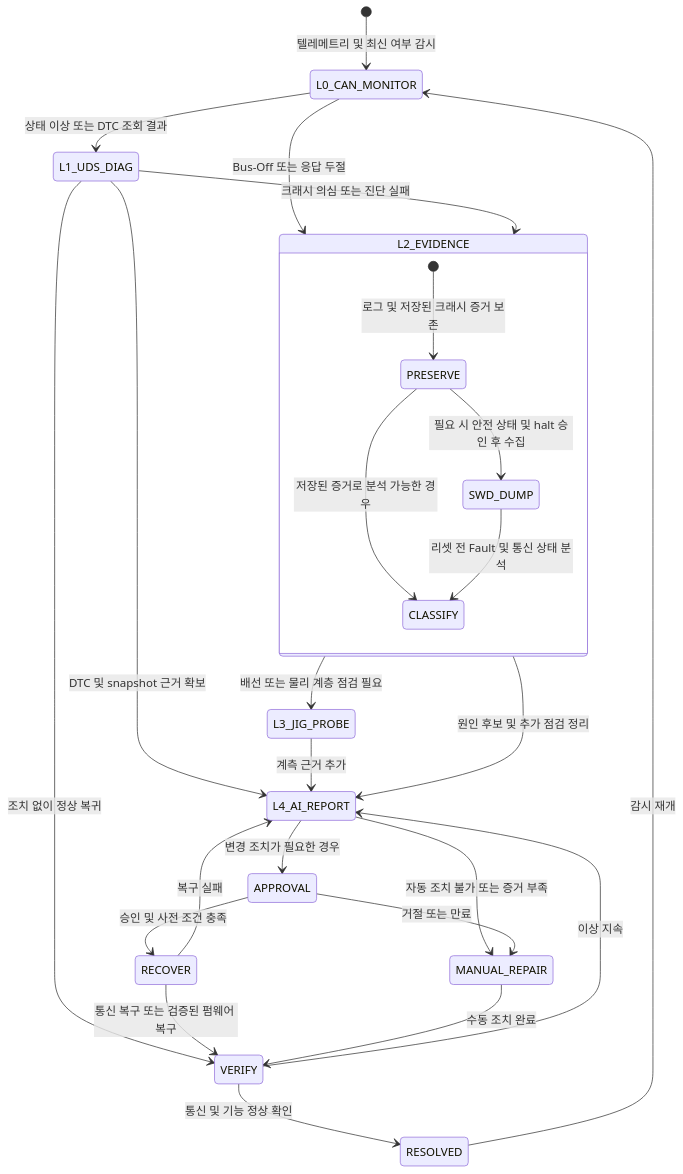
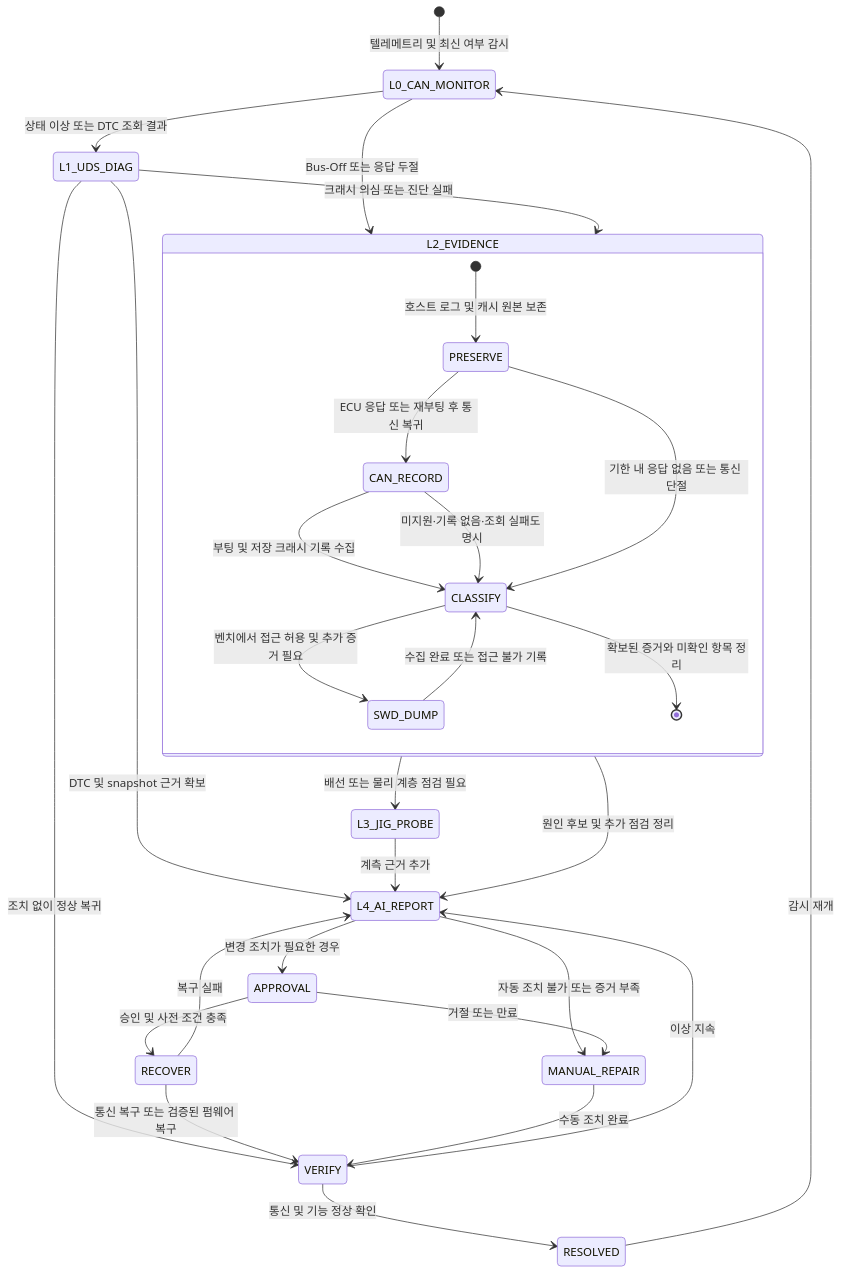
Before and after one commit to ssafy16-embbedded21-team1-2/ssafy_embedded_pjt_setup: the second of 2 diagrams in docs/설계_장비별기능_및_AgentTool인터페이스.md, drawn with Mermaid. The commit also changed other lines of this file and 7 other files, not shown here.

````diff
--- a/docs/설계_장비별기능_및_AgentTool인터페이스.md
+++ b/docs/설계_장비별기능_및_AgentTool인터페이스.md
@@ -186,30 +210,34 @@
 ```mermaid
 stateDiagram-v2
     [*] --> L0_CAN_MONITOR: 텔레메트리 및 최신 여부 감시
     L0_CAN_MONITOR --> L1_UDS_DIAG: 상태 이상 또는 DTC 조회 결과
     L0_CAN_MONITOR --> L2_EVIDENCE: Bus-Off 또는 응답 두절
     L1_UDS_DIAG --> L2_EVIDENCE: 크래시 의심 또는 진단 실패
     L1_UDS_DIAG --> L4_AI_REPORT: DTC 및 snapshot 근거 확보
     L1_UDS_DIAG --> VERIFY: 조치 없이 정상 복귀
 
     state L2_EVIDENCE {
-        [*] --> PRESERVE: 로그 및 저장된 크래시 증거 보존
-        PRESERVE --> SWD_DUMP: 필요 시 안전 상태 및 halt 승인 후 수집
-        PRESERVE --> CLASSIFY: 저장된 증거로 분석 가능한 경우
-        SWD_DUMP --> CLASSIFY: 리셋 전 Fault 및 통신 상태 분석
+        [*] --> PRESERVE: 호스트 로그 및 캐시 원본 보존
+        PRESERVE --> CAN_RECORD: ECU 응답 또는 재부팅 후 통신 복귀
+        CAN_RECORD --> CLASSIFY: 부팅 및 저장 크래시 기록 수집
+        CAN_RECORD --> CLASSIFY: 미지원·기록 없음·조회 실패도 명시
+        PRESERVE --> CLASSIFY: 기한 내 응답 없음 또는 통신 단절
+        CLASSIFY --> SWD_DUMP: 벤치에서 접근 허용 및 추가 증거 필요
+        SWD_DUMP --> CLASSIFY: 수집 완료 또는 접근 불가 기록
+        CLASSIFY --> [*]: 확보된 증거와 미확인 항목 정리
     }
 
     L2_EVIDENCE --> L3_JIG_PROBE: 배선 또는 물리 계층 점검 필요
     L2_EVIDENCE --> L4_AI_REPORT: 원인 후보 및 추가 점검 정리
     L3_JIG_PROBE --> L4_AI_REPORT: 계측 근거 추가
     L4_AI_REPORT --> APPROVAL: 변경 조치가 필요한 경우
     L4_AI_REPORT --> MANUAL_REPAIR: 자동 조치 불가 또는 증거 부족
     APPROVAL --> RECOVER: 승인 및 사전 조건 충족
     APPROVAL --> MANUAL_REPAIR: 거절 또는 만료
     RECOVER --> VERIFY: 통신 복구 또는 검증된 펌웨어 복구
     RECOVER --> L4_AI_REPORT: 복구 실패
     MANUAL_REPAIR --> VERIFY: 수동 조치 완료
     VERIFY --> RESOLVED: 통신 및 기능 정상 확인
     VERIFY --> L4_AI_REPORT: 이상 지속
     RESOLVED --> L0_CAN_MONITOR: 감시 재개
 ```
````
